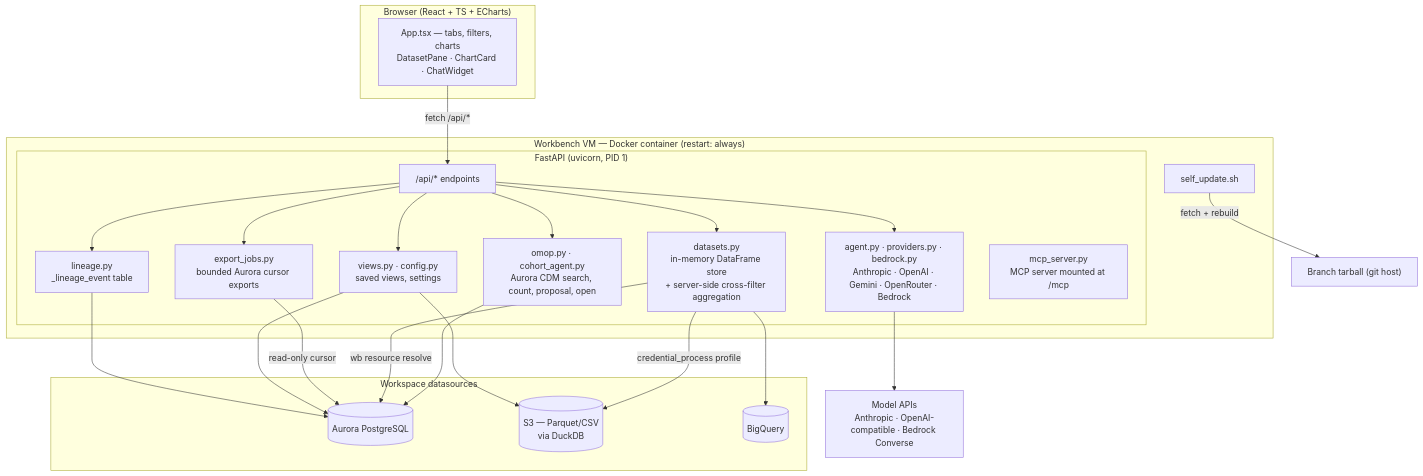
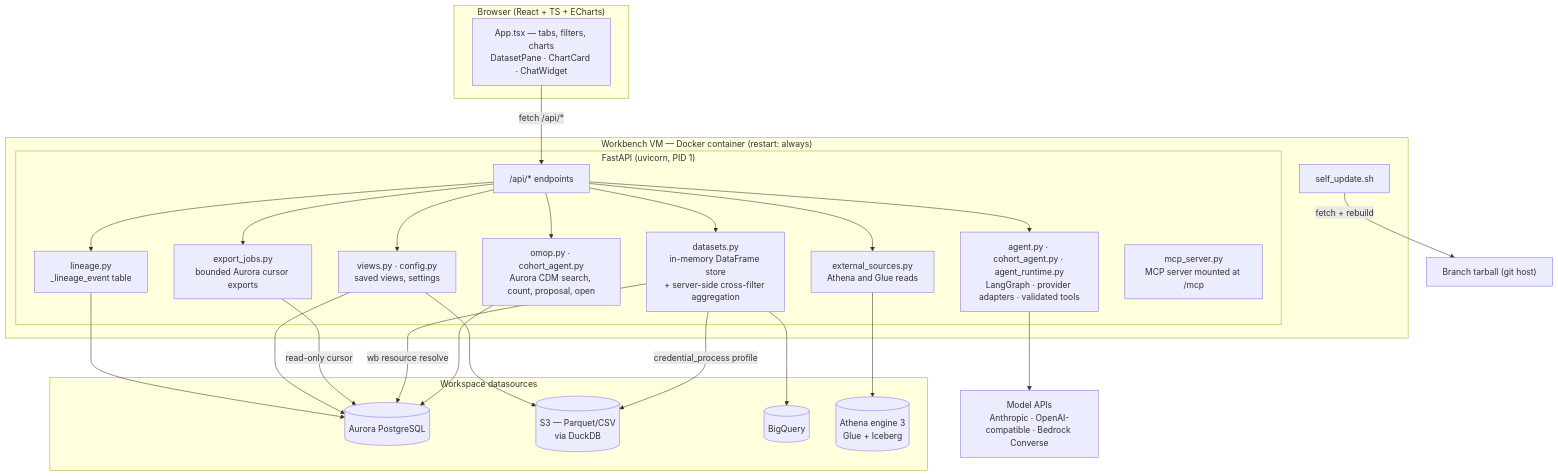
One commit to verily-src/workbench-app-devcontainers changed the first of 3 diagrams in src/cohort-studio/docs/architecture.md. Above: the diagram before and after it, drawn with Mermaid. The commit also changed other lines of this file and 49 other files, not shown here.

Commit message:
Add durable agent memory and provider key storage

````diff
--- a/src/cohort-studio/docs/architecture.md
+++ b/src/cohort-studio/docs/architecture.md
@@ -9,47 +9,51 @@
 ```mermaid
 flowchart TB
   subgraph Browser["Browser (React + TS + ECharts)"]
     UI["App.tsx — tabs, filters, charts<br/>DatasetPane · ChartCard · ChatWidget"]
   end
 
   subgraph VM["Workbench VM — Docker container (restart: always)"]
     subgraph API["FastAPI (uvicorn, PID 1)"]
       EP["/api/* endpoints"]
       STORE["datasets.py<br/>in-memory DataFrame store<br/>+ server-side cross-filter aggregation"]
       EXPORT["export_jobs.py<br/>bounded Aurora cursor exports"]
-      AGENT["agent.py · providers.py · bedrock.py<br/>Anthropic · OpenAI · Gemini · OpenRouter · Bedrock"]
+      EXT["external_sources.py<br/>Athena and Glue reads"]
+      AGENT["agent.py · cohort_agent.py · agent_runtime.py<br/>LangGraph · provider adapters · validated tools"]
       OMOP["omop.py · cohort_agent.py<br/>Aurora CDM search, count, proposal, open"]
       VIEWS["views.py · config.py<br/>saved views, settings"]
       LIN["lineage.py<br/>_lineage_event table"]
       MCPS["mcp_server.py<br/>MCP server mounted at /mcp"]
     end
     SU["self_update.sh"]
   end
 
   subgraph Data["Workspace datasources"]
     AUR[("Aurora PostgreSQL")]
     S3[("S3 — Parquet/CSV<br/>via DuckDB")]
     BQ[("BigQuery")]
+    ATHENA[("Athena engine 3<br/>Glue + Iceberg")]
   end
 
   LLM["Model APIs<br/>Anthropic · OpenAI-compatible · Bedrock Converse"]
   GH["Branch tarball (git host)"]
 
   UI -->|"fetch /api/*"| EP
   EP --> STORE
   EP --> EXPORT
+  EP --> EXT
   EP --> AGENT
   EP --> OMOP
   EP --> VIEWS
   EP --> LIN
   AGENT --> LLM
   OMOP --> AUR
   STORE -->|"wb resource resolve"| AUR
   STORE -->|"credential_process profile"| S3
   STORE --> BQ
+  EXT --> ATHENA
   EXPORT -->|"read-only cursor"| AUR
   VIEWS --> AUR
   VIEWS --> S3
   LIN --> AUR
   SU -->|"fetch + rebuild"| GH
 ```
````
